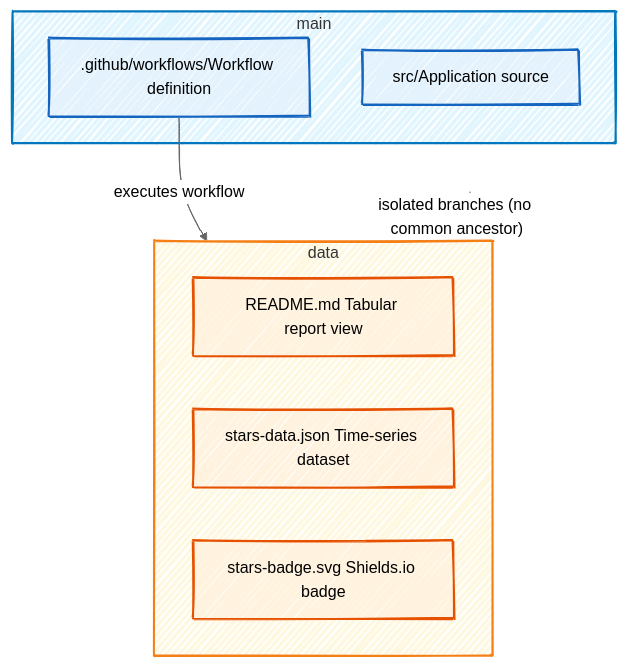
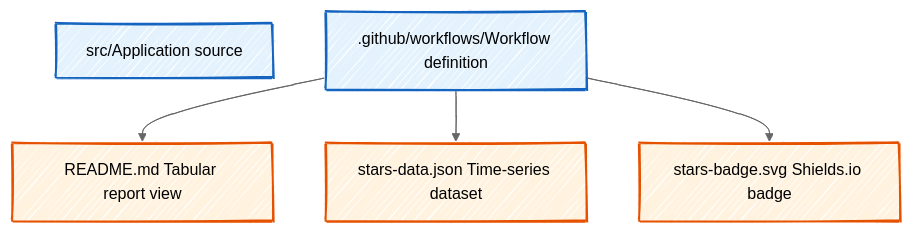
Before and after one commit to fbuireu/github-star-tracker: the second of 2 diagrams in README.md, drawn with Mermaid. The commit also changed other lines of this file, not shown here.

````diff
--- a/README.md
+++ b/README.md
@@ -140,29 +133,21 @@
 ```mermaid
 ---
 config:
   look: handDrawn
   theme: neutral
 ---
 graph TD
-    subgraph main
-        src["src/Application source"]
-        wf[".github/workflows/Workflow definition"]
-    end
+    src["src/Application source"]
+    wf[".github/workflows/Workflow definition"]
+    readme["README.md Tabular report view"]
+    json["stars-data.json Time-series dataset"]
+    badge["stars-badge.svg Shields.io badge"]
 
-    subgraph data
-        readme["README.md Tabular report view"]
-        json["stars-data.json Time-series dataset"]
-        badge["stars-badge.svg Shields.io badge"]
-    end
-
-    wf -- "executes workflow" --> data
-    main -.->|"isolated branches (no common ancestor)"| data
+    wf --> readme & json & badge
 
     style src fill:#e3f2fd,stroke:#1565c0,stroke-width:2px
     style wf fill:#e3f2fd,stroke:#1565c0,stroke-width:2px
     style readme fill:#fff3e0,stroke:#e65100,stroke-width:2px
     style json fill:#fff3e0,stroke:#e65100,stroke-width:2px
     style badge fill:#fff3e0,stroke:#e65100,stroke-width:2px
-    style main fill:#e1f5fe,stroke:#0277bd,stroke-width:2px
-    style data fill:#fff8e1,stroke:#f57f17,stroke-width:2px
 ```
````
